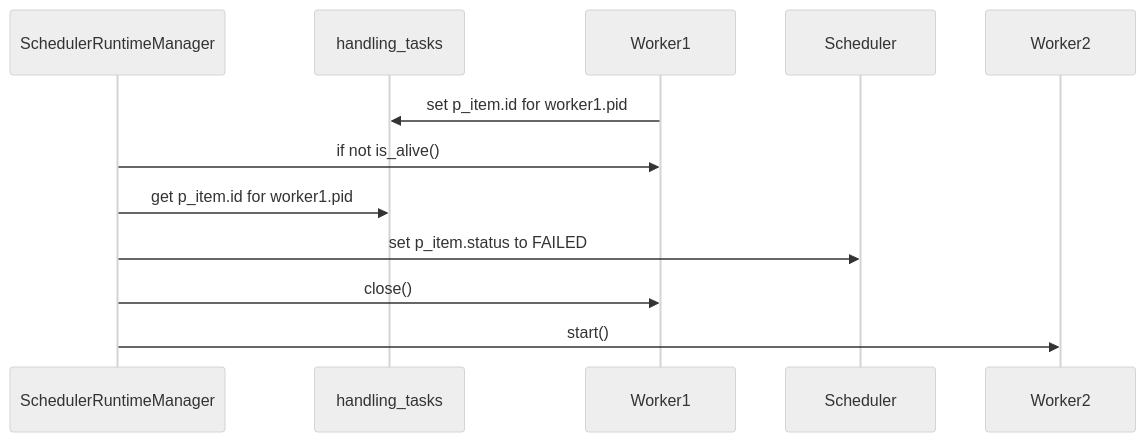
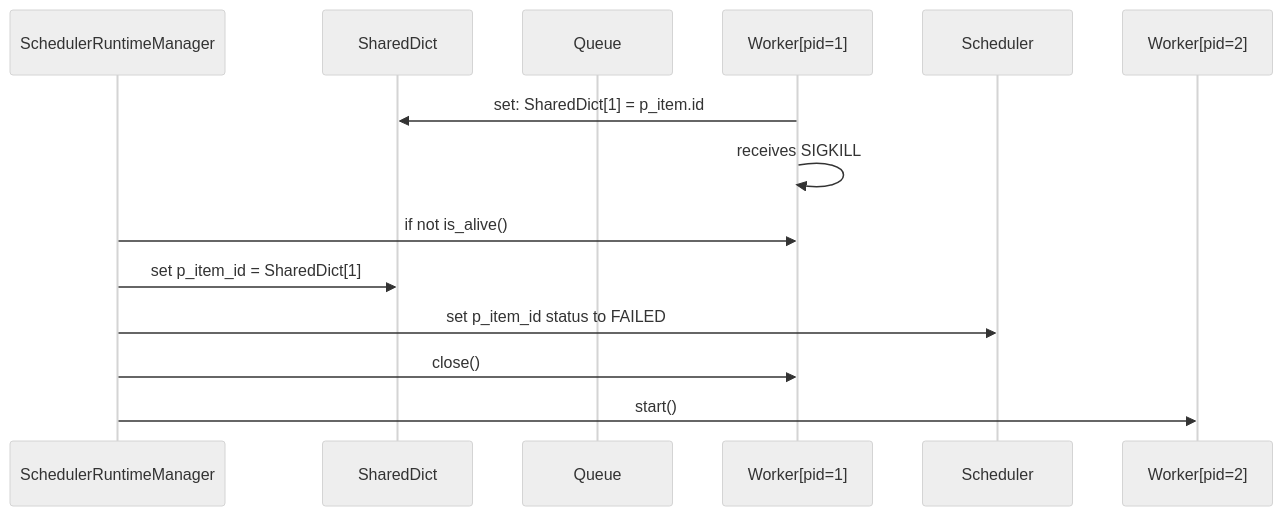
The third of 3 diagrams in docs/source/developer_documentation/boefjes.md (minvws/nl-kat-coordination), drawn with Mermaid (neutral theme) before and after one commit. The commit also changed other lines of this file, not shown here.

````diff
--- a/docs/source/developer_documentation/boefjes.md
+++ b/docs/source/developer_documentation/boefjes.md
@@ -118,14 +139,16 @@
 ```{mermaid}
 sequenceDiagram
   participant SchedulerRuntimeManager
-  participant handling_tasks
-  participant Worker1
+  participant SharedDict
+  participant Queue
+  participant Worker[pid=1]
   participant Scheduler
-  participant Worker2
-  Worker1->>handling_tasks: set p_item.id for worker1.pid
-  SchedulerRuntimeManager->>Worker1: if not is_alive()
-  SchedulerRuntimeManager->>handling_tasks: get p_item.id for worker1.pid
-  SchedulerRuntimeManager->>Scheduler: set p_item.status to FAILED
-  SchedulerRuntimeManager->>Worker1: close()
-  SchedulerRuntimeManager->>Worker2: start()
+  participant Worker[pid=2]
+  Worker[pid=1]->>SharedDict: set: SharedDict[1] = p_item.id
+  Worker[pid=1]->>Worker[pid=1]: receives SIGKILL
+  SchedulerRuntimeManager->>Worker[pid=1]: if not is_alive()
+  SchedulerRuntimeManager->>SharedDict: set p_item_id = SharedDict[1]
+  SchedulerRuntimeManager->>Scheduler: set p_item_id status to FAILED
+  SchedulerRuntimeManager->>Worker[pid=1]: close()
+  SchedulerRuntimeManager->>Worker[pid=2]: start()
 ```
````
